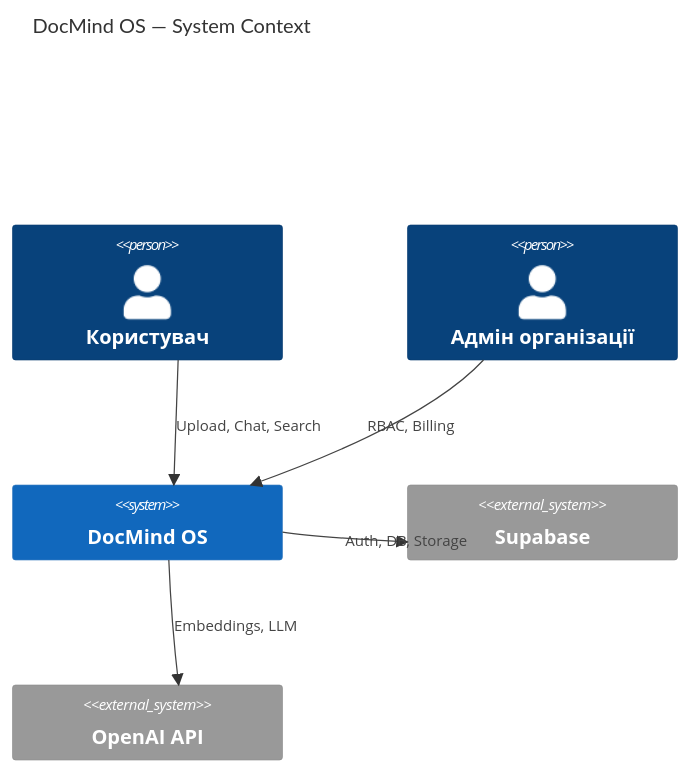
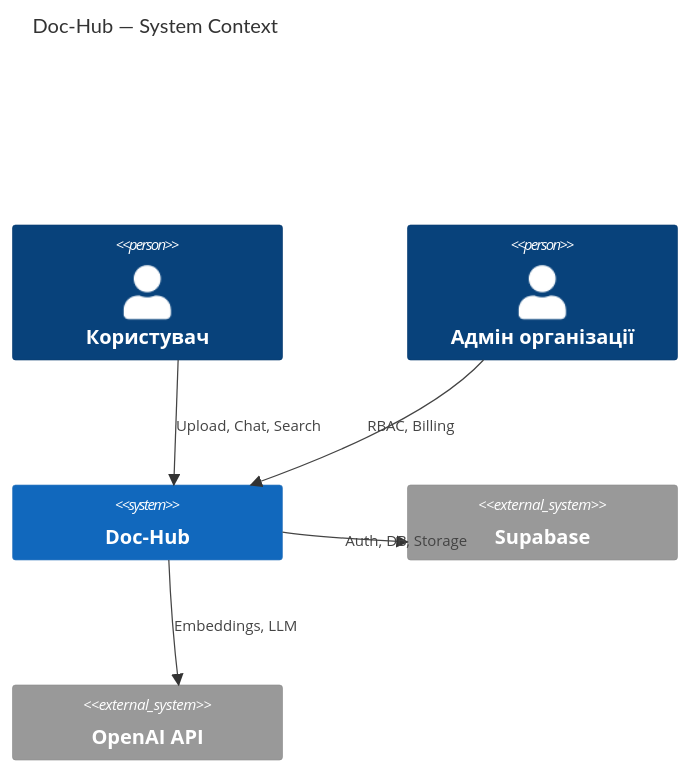
Before and after one commit to verkhobuzh-prog/docmind-os: the first of 6 diagrams in docs/ARCHITECTURAL_PASSPORT.md, drawn with Mermaid. The commit also changed other lines of this file and 43 other files, not shown here.

Commit message:
fix: final cleanup of DocMind → Doc-Hub references

````diff
--- a/docs/ARCHITECTURAL_PASSPORT.md
+++ b/docs/ARCHITECTURAL_PASSPORT.md
@@ -107,15 +107,15 @@
 ```mermaid
 C4Context
-    title DocMind OS — System Context
+    title Doc-Hub — System Context
 
     Person(user, "Користувач")
     Person(admin, "Адмін організації")
-    System(docmind, "DocMind OS")
+    System(dochub, "Doc-Hub")
     System_Ext(supabase, "Supabase")
     System_Ext(openai, "OpenAI API")
 
-    Rel(user, docmind, "Upload, Chat, Search")
-    Rel(admin, docmind, "RBAC, Billing")
-    Rel(docmind, supabase, "Auth, DB, Storage")
-    Rel(docmind, openai, "Embeddings, LLM")
+    Rel(user, dochub, "Upload, Chat, Search")
+    Rel(admin, dochub, "RBAC, Billing")
+    Rel(dochub, supabase, "Auth, DB, Storage")
+    Rel(dochub, openai, "Embeddings, LLM")
 ```
````
